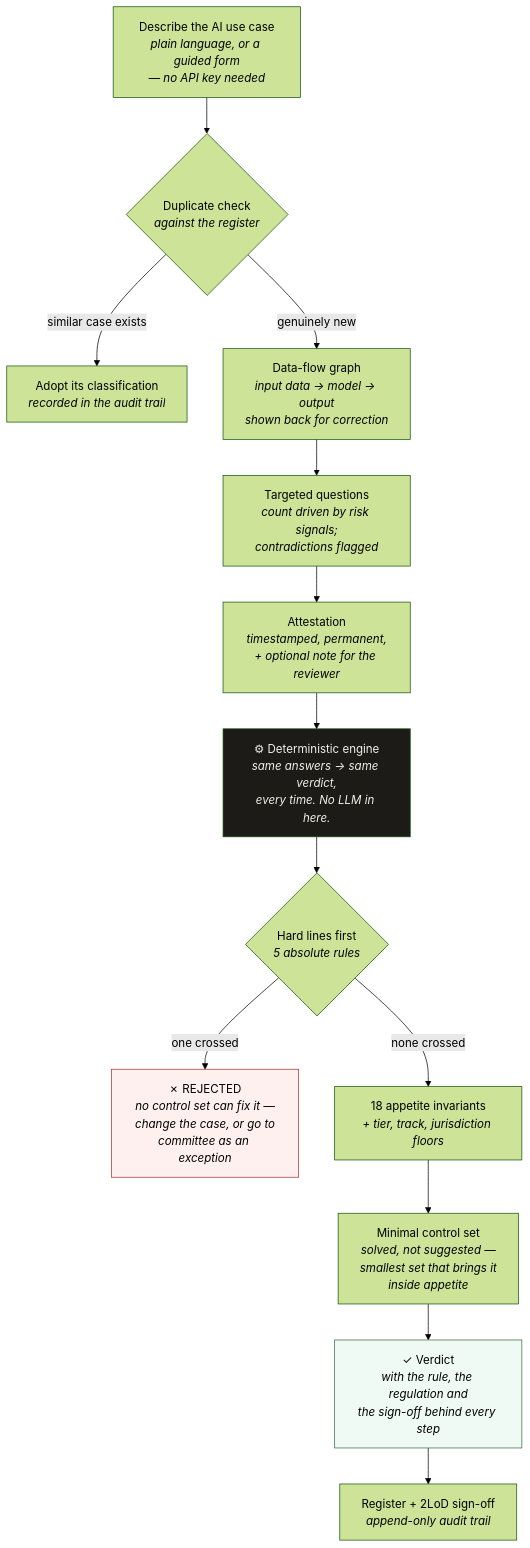
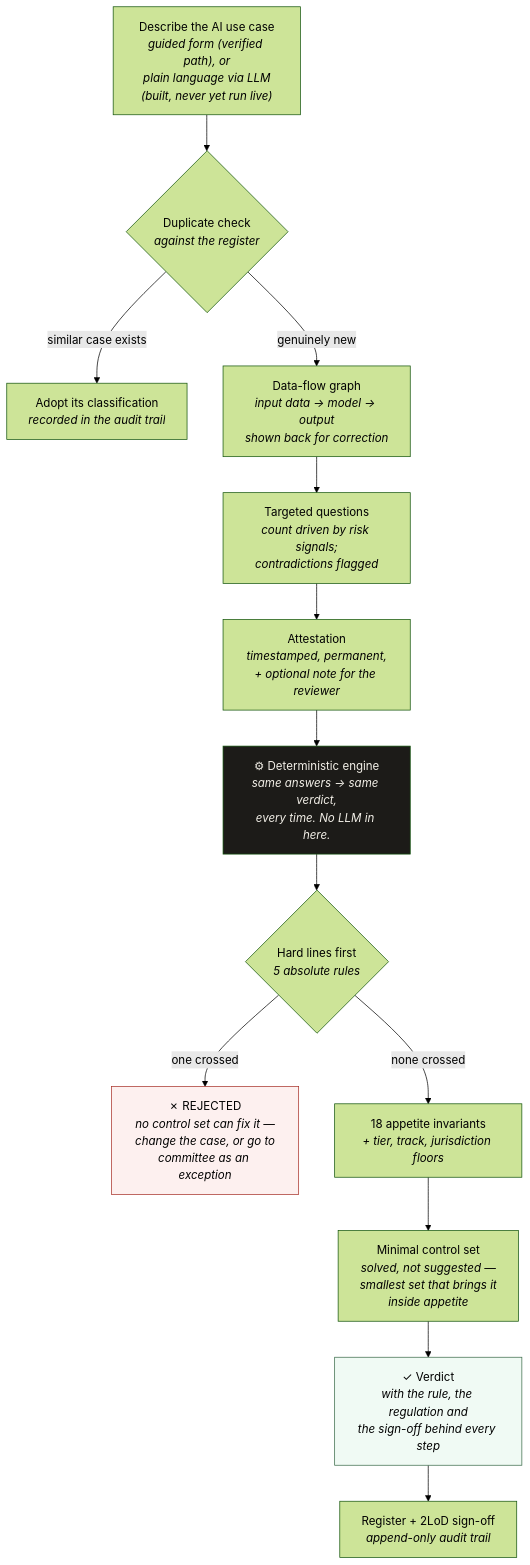
The first of 2 diagrams in README.md (oza977-max/ai-raf-precheck), drawn with Mermaid (forest theme) before and after one commit. The commit also changed other lines of this file and 6 other files, not shown here.

````diff
--- a/README.md
+++ b/README.md
@@ -40,20 +40,20 @@
 ```mermaid
 flowchart TD
-    A["Describe the AI use case<br/><i>plain language, or a guided form<br/>— no API key needed</i>"] --> B{"Duplicate check<br/><i>against the register</i>"}
+    A["Describe the AI use case<br/><i>guided form (verified path), or<br/>plain language via LLM<br/>(built, never yet run live)</i>"] --> B{"Duplicate check<br/><i>against the register</i>"}
     B -->|"similar case exists"| B1["Adopt its classification<br/><i>recorded in the audit trail</i>"]
     B -->|"genuinely new"| C["Data-flow graph<br/><i>input data → model → output</i><br/><i>shown back for correction</i>"]
     C --> D["Targeted questions<br/><i>count driven by risk signals;<br/>contradictions flagged</i>"]
     D --> E["Attestation<br/><i>timestamped, permanent,<br/>+ optional note for the reviewer</i>"]
     E --> F["⚙ Deterministic engine<br/><i>same answers → same verdict,<br/>every time. No LLM in here.</i>"]
 
     F --> G{"Hard lines first<br/><i>5 absolute rules</i>"}
     G -->|"one crossed"| H["✗ REJECTED<br/><i>no control set can fix it —<br/>change the case, or go to<br/>committee as an exception</i>"]
     G -->|"none crossed"| I["18 appetite invariants<br/><i>+ tier, track, jurisdiction floors</i>"]
     I --> J["Minimal control set<br/><i>solved, not suggested —<br/>smallest set that brings it<br/>inside appetite</i>"]
     J --> K["✓ Verdict<br/><i>with the rule, the regulation and<br/>the sign-off behind every step</i>"]
     K --> L["Register + 2LoD sign-off<br/><i>append-only audit trail</i>"]
 
     style F fill:#1c1b18,color:#f3f0e8
     style H fill:#fdf0ef,stroke:#a8322a
     style K fill:#f0faf4,stroke:#3a6b4a
 ```
````
